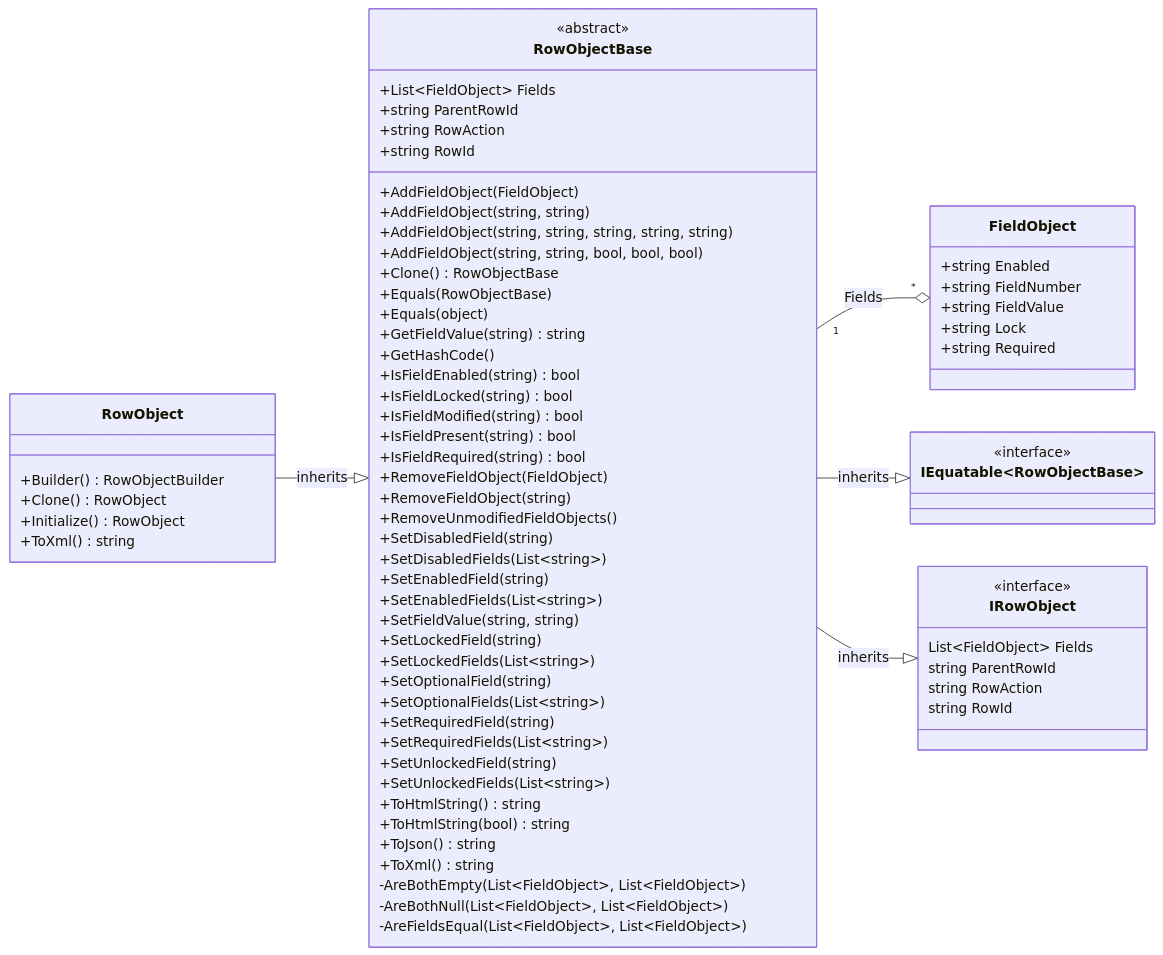
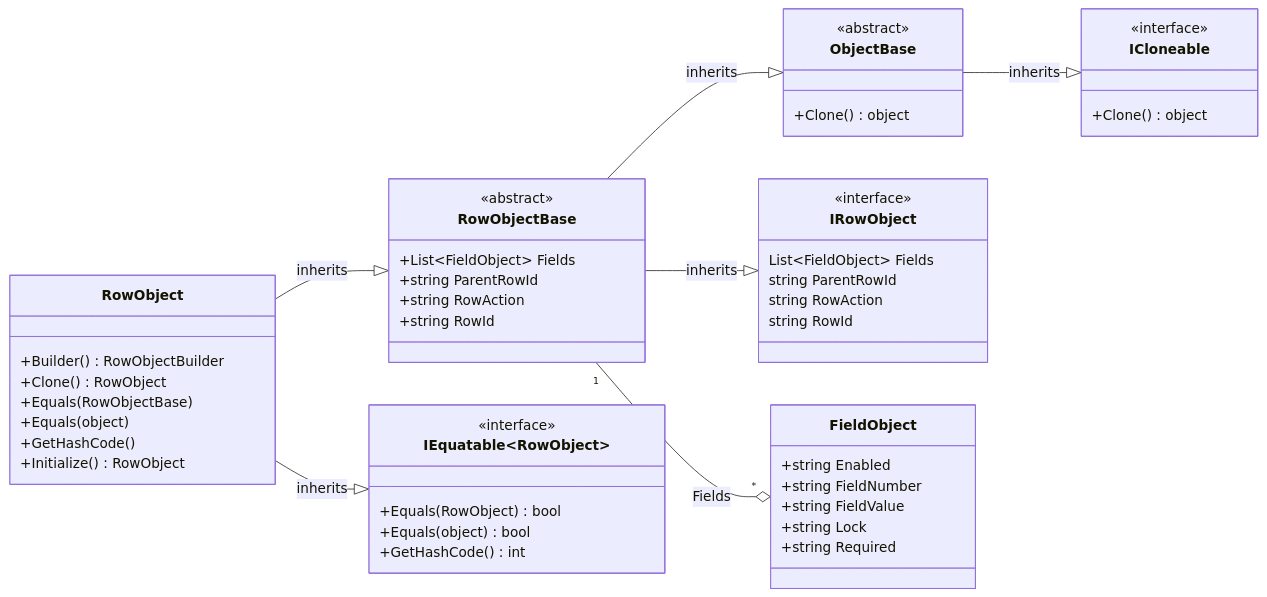
Before and after one commit to rarelysimple/RarelySimple.AvatarScriptLink: the second of 2 diagrams in docs/docs/dotnet/data-model/rowobject.mdx, drawn with Mermaid. The commit also changed other lines of this file and 62 other files, not shown here.

````diff
--- a/docs/docs/dotnet/data-model/rowobject.mdx
+++ b/docs/docs/dotnet/data-model/rowobject.mdx
@@ -194,82 +138,63 @@
 ```mermaid
 classDiagram
 direction LR
 class RowObject {
     +Builder() RowObjectBuilder
     +Clone() RowObject
+    +Equals(RowObjectBase)
+    +Equals(object)
+    +GetHashCode()
     +Initialize() RowObject
-    +ToXml() string
 }
 
 class RowObjectBase {
     +List~FieldObject~ Fields
     +string ParentRowId
     +string RowAction
     +string RowId
-    +AddFieldObject(FieldObject)
-    +AddFieldObject(string, string)
-    +AddFieldObject(string, string, string, string, string)
-    +AddFieldObject(string, string, bool, bool, bool)
-    +Clone() RowObjectBase
-    +Equals(RowObjectBase)
-    +Equals(object)
-    +GetFieldValue(string) string
-    +GetHashCode()
-    +IsFieldEnabled(string) bool
-    +IsFieldLocked(string) bool
-    +IsFieldModified(string) bool
-    +IsFieldPresent(string) bool
-    +IsFieldRequired(string) bool
-    +RemoveFieldObject(FieldObject)
-    +RemoveFieldObject(string)
-    +RemoveUnmodifiedFieldObjects()
-    +SetDisabledField(string)
-    +SetDisabledFields(List~string~)
-    +SetEnabledField(string)
-    +SetEnabledFields(List~string~)
-    +SetFieldValue(string, string)
-    +SetLockedField(string)
-    +SetLockedFields(List~string~)
-    +SetOptionalField(string)
-    +SetOptionalFields(List~string~)
-    +SetRequiredField(string)
-    +SetRequiredFields(List~string~)
-    +SetUnlockedField(string)
-    +SetUnlockedFields(List~string~)
-    +ToHtmlString() string
-    +ToHtmlString(bool) string
-    +ToJson() string
-    +ToXml() string
-    -AreBothEmpty(List~FieldObject~, List~FieldObject~)
-    -AreBothNull(List~FieldObject~, List~FieldObject~)
-    -AreFieldsEqual(List~FieldObject~, List~FieldObject~)
 }
 <<abstract>> RowObjectBase
+
+class ObjectBase {
+    +Clone() object
+}
+<<abstract>> ObjectBase
+
+class ICloneable {
+    +Clone() object
+}
+<<interface>> ICloneable
 
 class IRowObject {
     List~FieldObject~ Fields
     string ParentRowId
     string RowAction
     string RowId
 }
 <<interface>> IRowObject
 
 class FieldObject {
     +string Enabled
     +string FieldNumber
     +string FieldValue
     +string Lock
     +string Required
 }
 
-class IEquatable~RowObjectBase~
-<<interface>> IEquatable~RowObjectBase~
+class IEquatable~RowObject~ {
+    +Equals(RowObject) bool
+    +Equals(object) bool
+    +GetHashCode() int
+}
+<<interface>> IEquatable~RowObject~
 
 RowObjectBase "1" --o "*" FieldObject : Fields
 
 RowObject --|> RowObjectBase : inherits
-RowObjectBase --|> IEquatable~RowObjectBase~ : inherits
+RowObject --|> IEquatable~RowObject~ : inherits
+RowObjectBase --|> ObjectBase : inherits
 RowObjectBase --|> IRowObject : inherits
+ObjectBase --|> ICloneable : inherits
 
 click FieldObject href "./fieldobject" "Learn more about the FieldObject"
 ```
````
